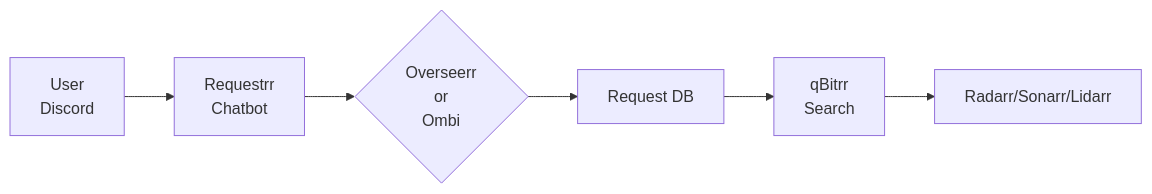
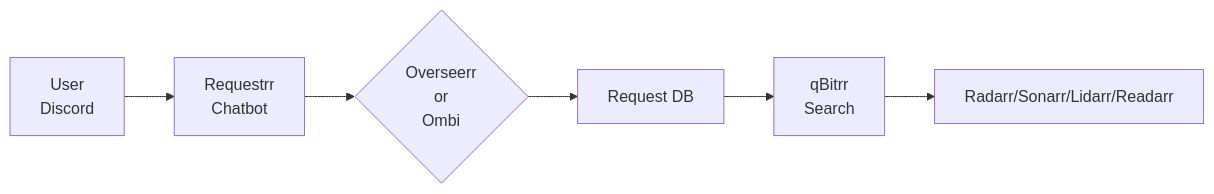
Before and after one commit to Feramance/qBitrr: the diagram in docs/configuration/search/requestrr.md, drawn with Mermaid. The commit also changed other lines of this file and 104 other files, not shown here.

````diff
--- a/docs/configuration/search/requestrr.md
+++ b/docs/configuration/search/requestrr.md
@@ -12,8 +12,8 @@
 ```mermaid
 flowchart LR
     A[User\nDiscord] --> B[Requestrr\nChatbot]
     B --> C{Overseerr\nor\nOmbi}
     C --> D[Request DB]
     D --> E[qBitrr\nSearch]
-    E --> F[Radarr/Sonarr/Lidarr]
+    E --> F[Radarr/Sonarr/Lidarr/Readarr]
 ```
````
